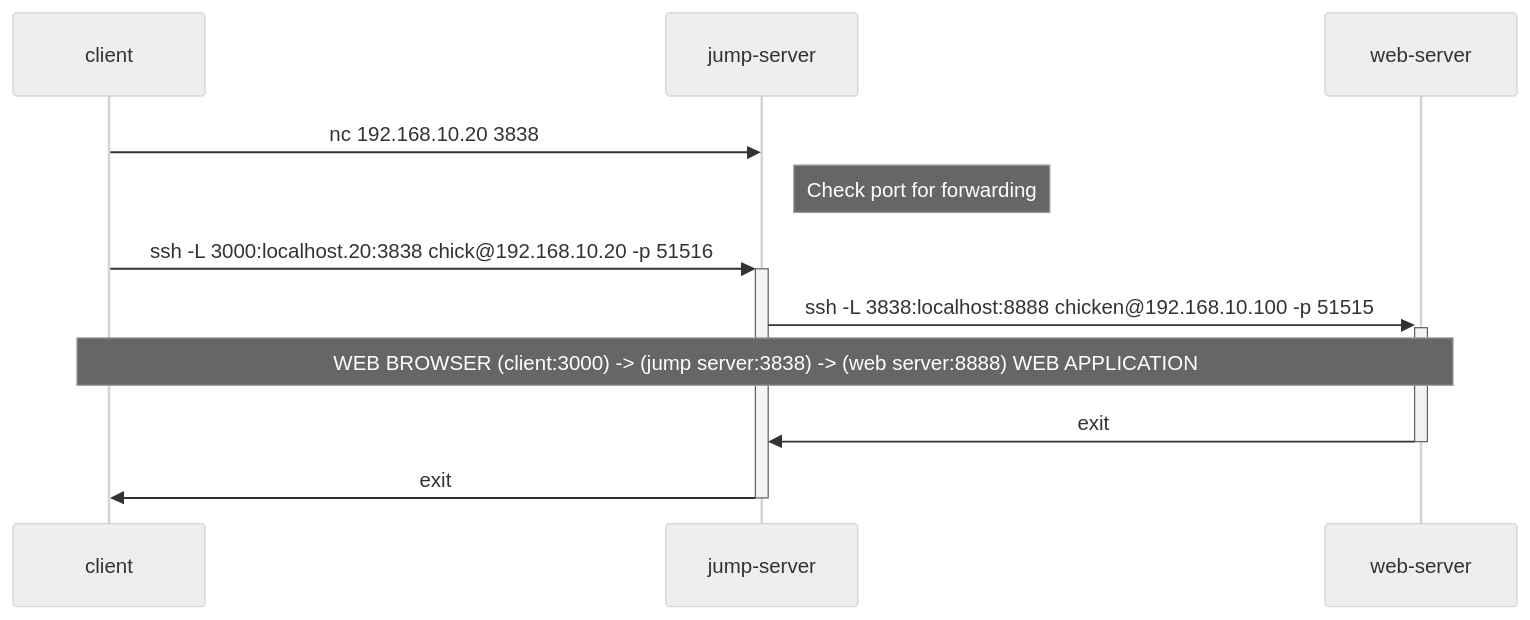
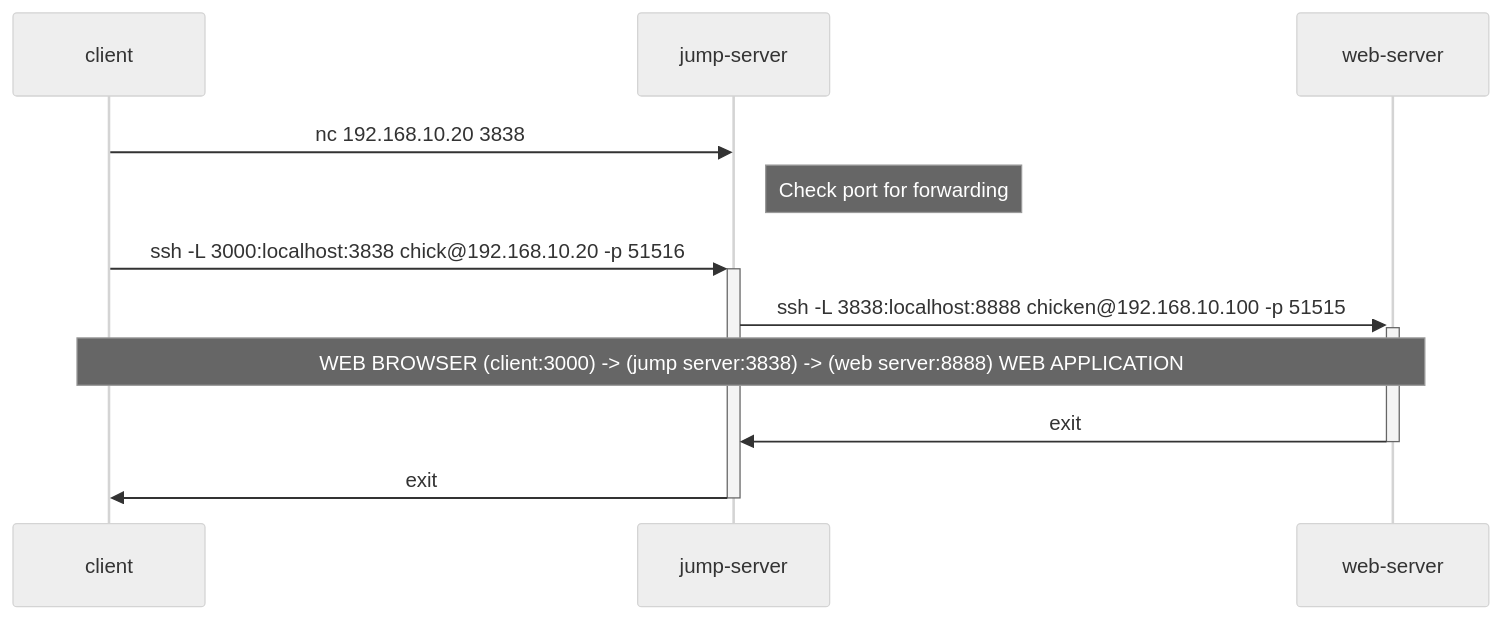
Before and after one commit to qwasium/ssh-memo: the first of 2 diagrams in local-port-forward.md, drawn with Mermaid (neutral theme). The commit also changed other lines of this file, not shown here.

````diff
--- a/local-port-forward.md
+++ b/local-port-forward.md
@@ -42,10 +44,10 @@
 ```mermaid
 sequenceDiagram
   client ->> jump-server: nc 192.168.10.20 3838
   Note right of jump-server: Check port for forwarding
-  client ->> +jump-server: ssh -L 3000:localhost.20:3838 chick@192.168.10.20 -p 51516
+  client ->> +jump-server: ssh -L 3000:localhost:3838 chick@192.168.10.20 -p 51516
   jump-server ->> +web-server: ssh -L 3838:localhost:8888 chicken@192.168.10.100 -p 51515
   Note over client,web-server: WEB BROWSER (client:3000) -> (jump server:3838) -> (web server:8888) WEB APPLICATION
   web-server ->> -jump-server: exit
   jump-server ->> -client: exit
 ```
````
